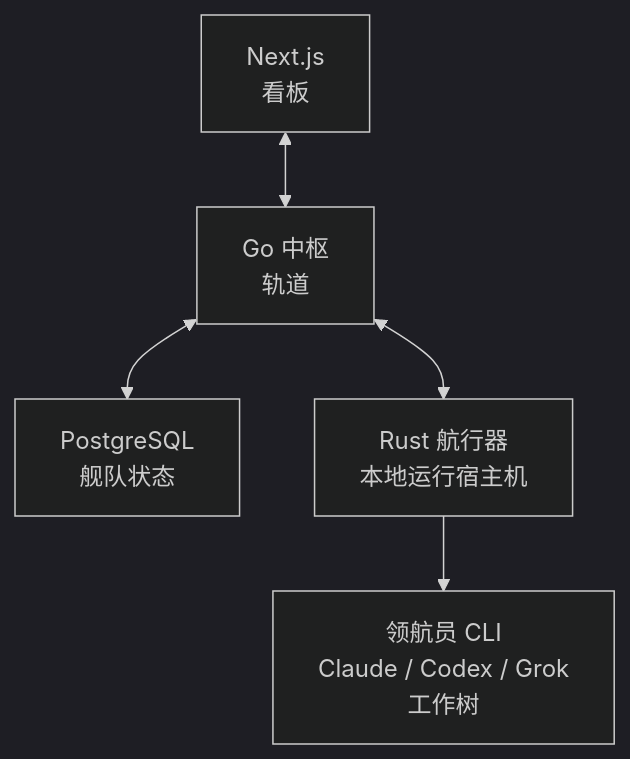
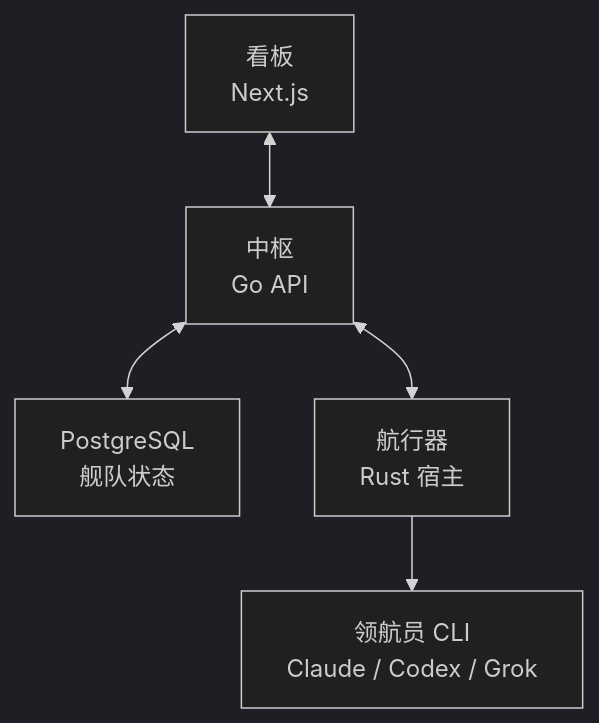
One commit to CrazyForks/ufo changed the second of 2 diagrams in README.zh-CN.md. Above: the diagram before and after it, drawn with Mermaid (dark theme). The commit also changed other lines of this file and 76 other files, not shown here.

````diff
--- a/README.zh-CN.md
+++ b/README.zh-CN.md
@@ -204,10 +224,7 @@
 ```mermaid
 flowchart TD
-    web["Next.js<br/>看板"] <--> api["Go 中枢<br/>轨道"]
+    web["看板<br/>Next.js"] <--> api["中枢<br/>Go API"]
     api <--> db["PostgreSQL<br/>舰队状态"]
-    api <--> rover["Rust 航行器<br/>本地运行宿主机"]
-    rover --> pilot["领航员 CLI<br/>Claude / Codex / Grok<br/>工作树"]
-    click web href "apps/web" "查看源码"
-    click api href "apps/api" "查看源码"
-    click rover href "apps/rover" "查看源码"
+    api <--> rover["航行器<br/>Rust 宿主"]
+    rover --> pilot["领航员 CLI<br/>Claude / Codex / Grok"]
 ```
````
